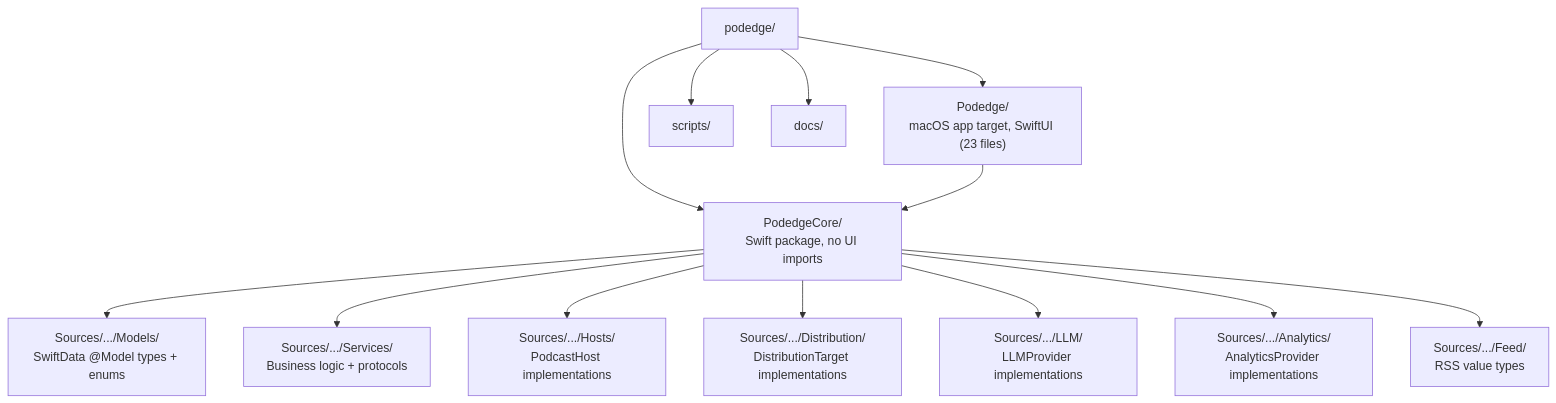
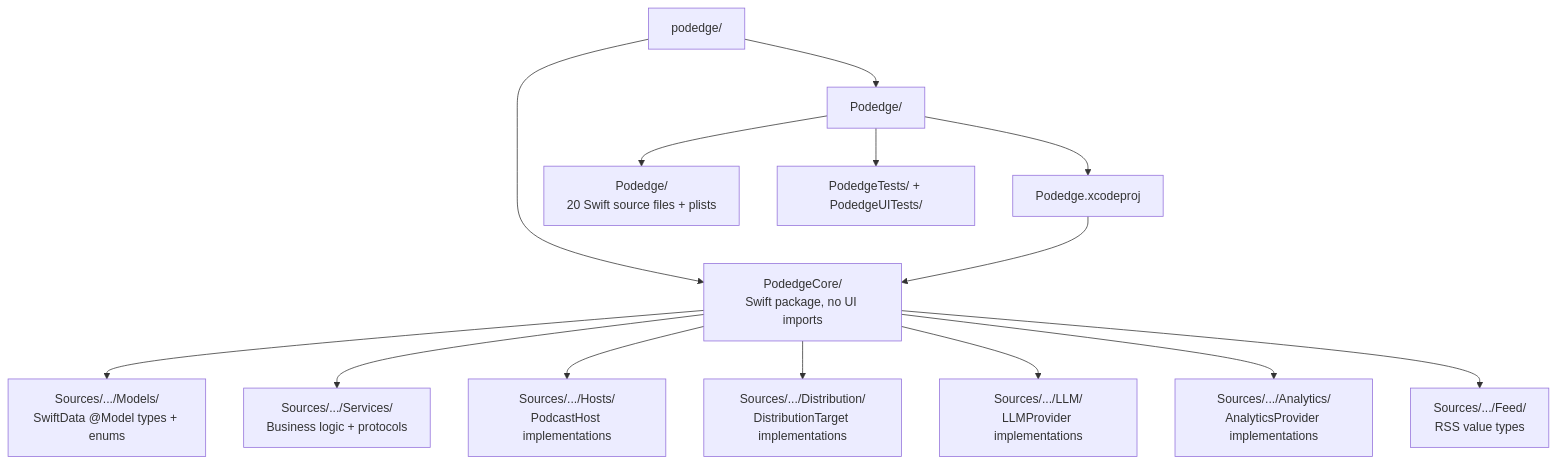
One commit to rjourdan/podedge changed the diagram in docs/dev/onboarding.md. Above: the diagram before and after it, drawn with Mermaid. The commit also changed other lines of this file and 35 other files, not shown here.

````diff
--- a/docs/dev/onboarding.md
+++ b/docs/dev/onboarding.md
@@ -49,15 +63,16 @@
 ```mermaid
 flowchart TD
-    Repo["podedge/"] --> Core["PodedgeCore/<br/>Swift package, no UI imports"]
-    Repo --> App["Podedge/<br/>macOS app target, SwiftUI (23 files)"]
-    Repo --> Scripts["scripts/"]
-    Repo --> Docs["docs/"]
+    Repo["podedge/"] --> XcodeDir["Podedge/"]
+    XcodeDir --> Proj["Podedge.xcodeproj"]
+    XcodeDir --> App["Podedge/<br/>20 Swift source files + plists"]
+    XcodeDir --> Tests["PodedgeTests/ + PodedgeUITests/"]
+    Repo --> Core["PodedgeCore/<br/>Swift package, no UI imports"]
+    Proj --> Core
     Core --> Models["Sources/.../Models/<br/>SwiftData @Model types + enums"]
     Core --> Services["Sources/.../Services/<br/>Business logic + protocols"]
     Core --> Hosts["Sources/.../Hosts/<br/>PodcastHost implementations"]
     Core --> Dist["Sources/.../Distribution/<br/>DistributionTarget implementations"]
     Core --> LLM["Sources/.../LLM/<br/>LLMProvider implementations"]
     Core --> Analytics["Sources/.../Analytics/<br/>AnalyticsProvider implementations"]
     Core --> Feed["Sources/.../Feed/<br/>RSS value types"]
-    App --> Core
 ```
````
